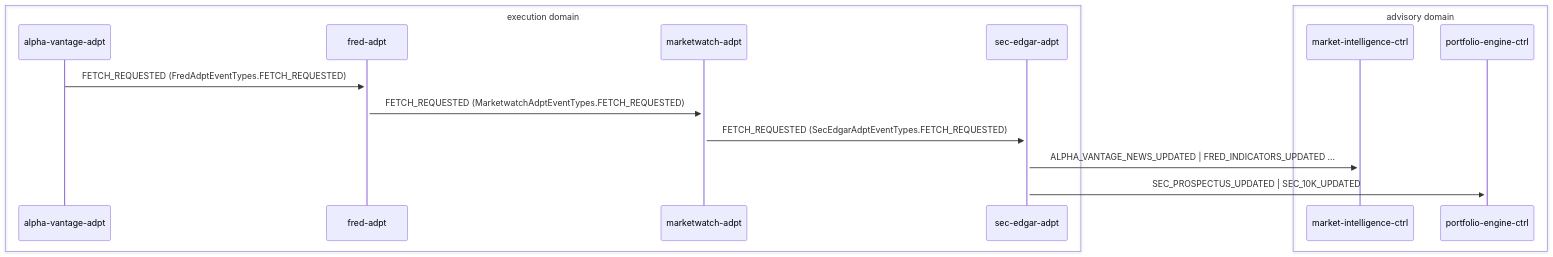
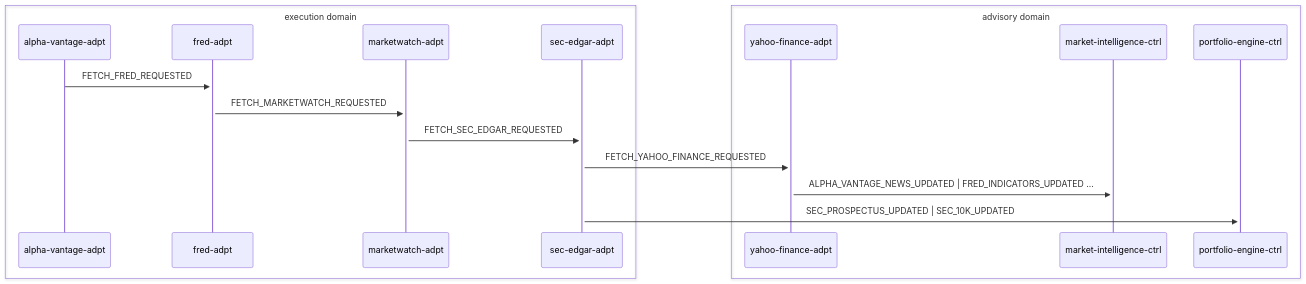
Before and after one commit to fabio-vitali/nestfolio: the second of 2 diagrams in docs/data-flows/market-data-ingestion.md, drawn with Mermaid. The commit also changed other lines of this file and 53 other files, not shown here.

First line of the commit message:
docs: regenerate all service cards, flow specs, and C4 diagrams via /init-docs

````diff
--- a/docs/data-flows/market-data-ingestion.md
+++ b/docs/data-flows/market-data-ingestion.md
@@ -32,18 +34,20 @@
 ```mermaid
 sequenceDiagram
     box execution domain
         participant alpha_vantage_adpt as alpha-vantage-adpt
         participant fred_adpt as fred-adpt
         participant marketwatch_adpt as marketwatch-adpt
         participant sec_edgar_adpt as sec-edgar-adpt
     end
     box advisory domain
+        participant yahoo_finance_adpt as yahoo-finance-adpt
         participant market_intelligence_ctrl as market-intelligence-ctrl
         participant portfolio_engine_ctrl as portfolio-engine-ctrl
     end
-    alpha_vantage_adpt->>+fred_adpt: FETCH_REQUESTED (FredAdptEventTypes.FETCH_REQUESTED)
-    fred_adpt->>+marketwatch_adpt: FETCH_REQUESTED (MarketwatchAdptEventTypes.FETCH_REQUESTED)
-    marketwatch_adpt->>+sec_edgar_adpt: FETCH_REQUESTED (SecEdgarAdptEventTypes.FETCH_REQUESTED)
-    sec_edgar_adpt->>+market_intelligence_ctrl: ALPHA_VANTAGE_NEWS_UPDATED | FRED_INDICATORS_UPDATED ...
+    alpha_vantage_adpt->>+fred_adpt: FETCH_FRED_REQUESTED
+    fred_adpt->>+marketwatch_adpt: FETCH_MARKETWATCH_REQUESTED
+    marketwatch_adpt->>+sec_edgar_adpt: FETCH_SEC_EDGAR_REQUESTED
+    sec_edgar_adpt->>+yahoo_finance_adpt: FETCH_YAHOO_FINANCE_REQUESTED
+    yahoo_finance_adpt->>+market_intelligence_ctrl: ALPHA_VANTAGE_NEWS_UPDATED | FRED_INDICATORS_UPDATED ...
     sec_edgar_adpt->>+portfolio_engine_ctrl: SEC_PROSPECTUS_UPDATED | SEC_10K_UPDATED
 ```
````
